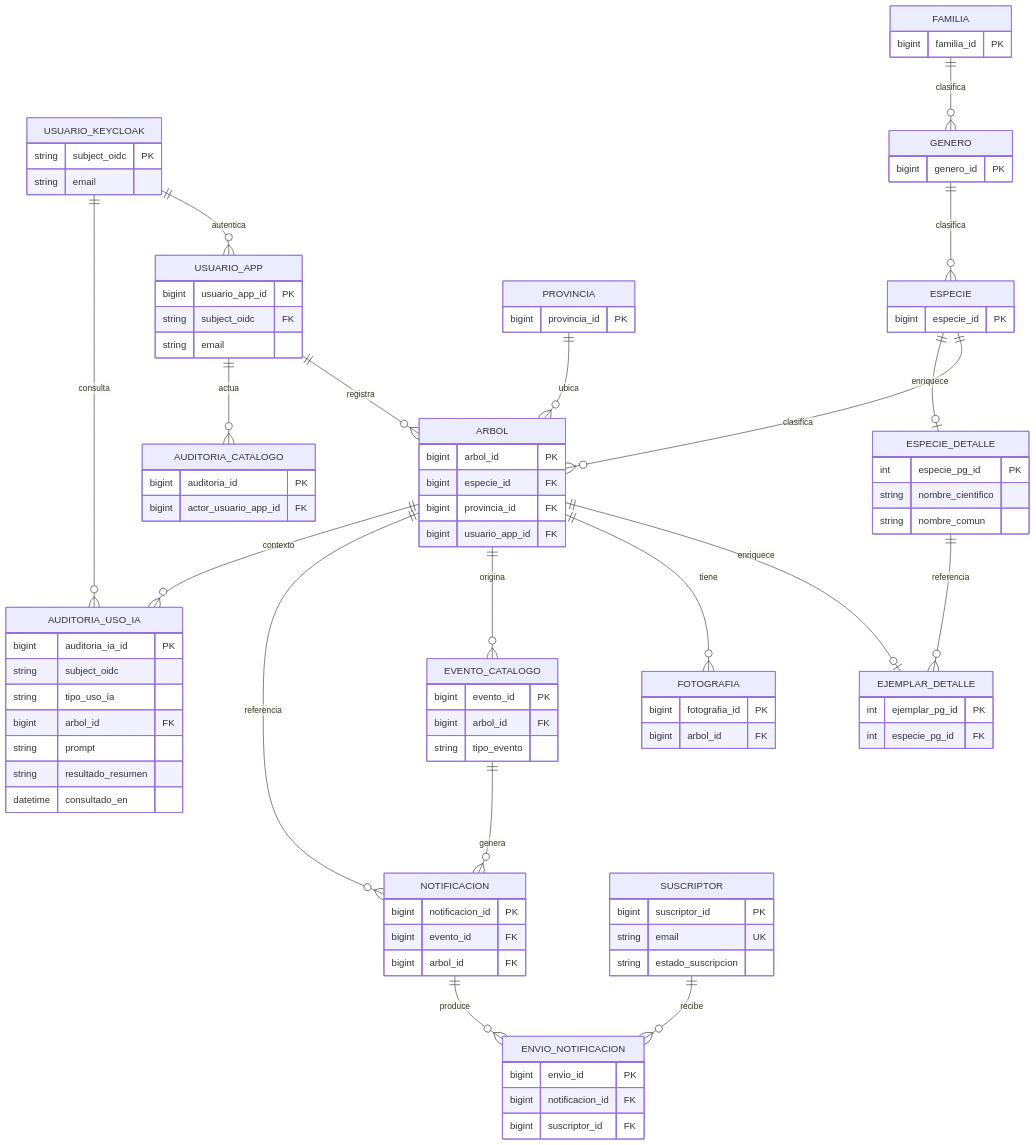
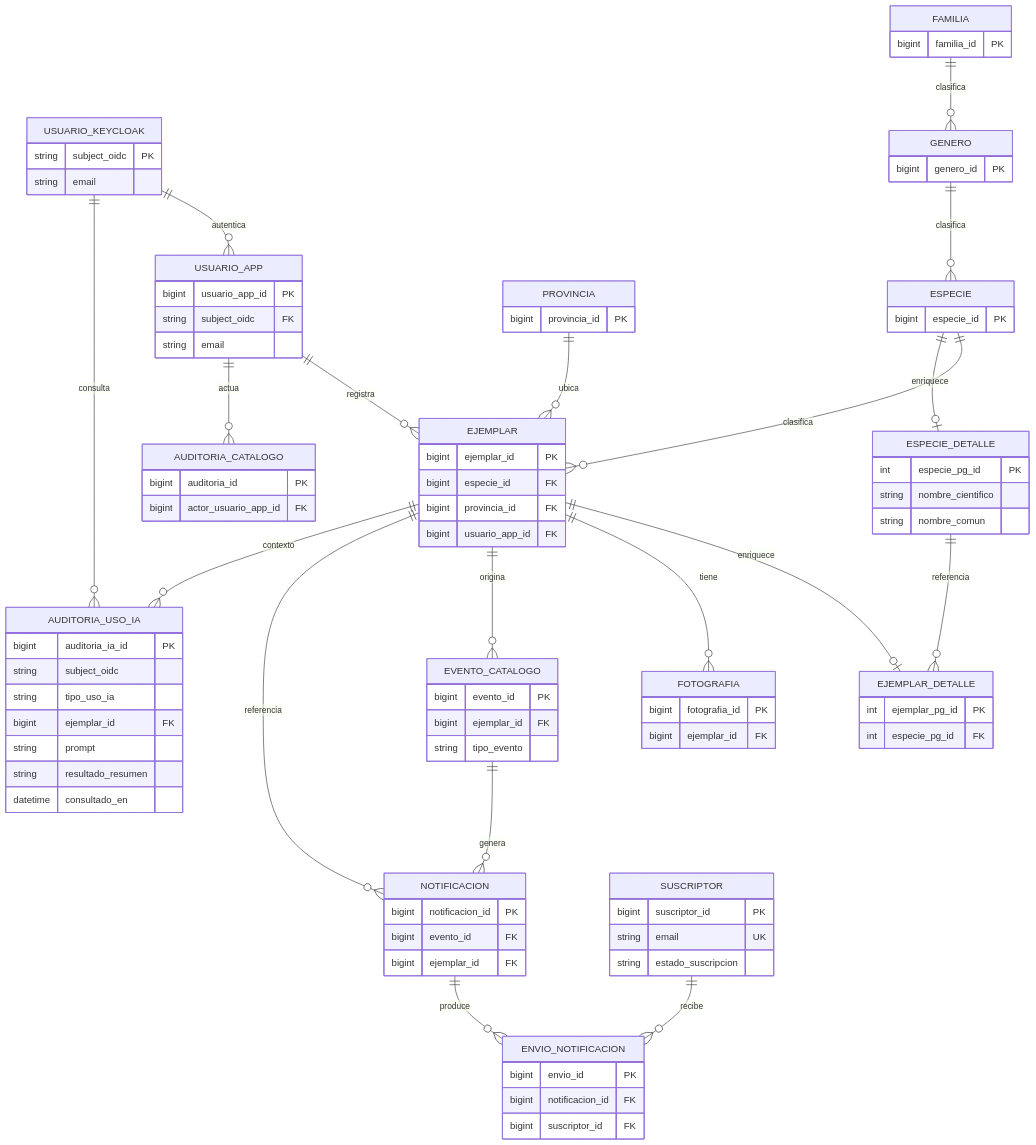
Before and after one commit to LIDR-academy/AI4Devs-finalproject: diagram 14 of 19 in readme.md, drawn with Mermaid. The commit also changed other lines of this file and 345 other files, not shown here.

````diff
--- a/readme.md
+++ b/readme.md
@@ -952,8 +953,8 @@
     PROVINCIA {
         bigint provincia_id PK
     }
-    ARBOL {
-        bigint arbol_id PK
+    EJEMPLAR {
+        bigint ejemplar_id PK
         bigint especie_id FK
         bigint provincia_id FK
         bigint usuario_app_id FK
@@ -969,17 +970,17 @@
     }
     FOTOGRAFIA {
         bigint fotografia_id PK
-        bigint arbol_id FK
+        bigint ejemplar_id FK
     }
     EVENTO_CATALOGO {
         bigint evento_id PK
-        bigint arbol_id FK
+        bigint ejemplar_id FK
         string tipo_evento
     }
     NOTIFICACION {
         bigint notificacion_id PK
         bigint evento_id FK
-        bigint arbol_id FK
+        bigint ejemplar_id FK
     }
     SUSCRIPTOR {
         bigint suscriptor_id PK
@@ -999,27 +1000,27 @@
         bigint auditoria_ia_id PK
         string subject_oidc
         string tipo_uso_ia
-        bigint arbol_id FK
+        bigint ejemplar_id FK
         string prompt
         string resultado_resumen
         datetime consultado_en
     }
     FAMILIA ||--o{ GENERO : clasifica
     GENERO ||--o{ ESPECIE : clasifica
-    ESPECIE ||--o{ ARBOL : clasifica
-    PROVINCIA ||--o{ ARBOL : ubica
+    ESPECIE ||--o{ EJEMPLAR : clasifica
+    PROVINCIA ||--o{ EJEMPLAR : ubica
     USUARIO_KEYCLOAK ||--o{ USUARIO_APP : autentica
     USUARIO_KEYCLOAK ||--o{ AUDITORIA_USO_IA : consulta
-    USUARIO_APP ||--o{ ARBOL : registra
+    USUARIO_APP ||--o{ EJEMPLAR : registra
     USUARIO_APP ||--o{ AUDITORIA_CATALOGO : actua
     ESPECIE ||--o| ESPECIE_DETALLE : enriquece
     ESPECIE_DETALLE ||--o{ EJEMPLAR_DETALLE : referencia
-    ARBOL ||--o| EJEMPLAR_DETALLE : enriquece
-    ARBOL ||--o{ FOTOGRAFIA : tiene
-    ARBOL ||--o{ EVENTO_CATALOGO : origina
-    ARBOL ||--o{ NOTIFICACION : referencia
+    EJEMPLAR ||--o| EJEMPLAR_DETALLE : enriquece
+    EJEMPLAR ||--o{ FOTOGRAFIA : tiene
+    EJEMPLAR ||--o{ EVENTO_CATALOGO : origina
+    EJEMPLAR ||--o{ NOTIFICACION : referencia
     EVENTO_CATALOGO ||--o{ NOTIFICACION : genera
     NOTIFICACION ||--o{ ENVIO_NOTIFICACION : produce
     SUSCRIPTOR ||--o{ ENVIO_NOTIFICACION : recibe
-    ARBOL ||--o{ AUDITORIA_USO_IA : contexto
+    EJEMPLAR ||--o{ AUDITORIA_USO_IA : contexto
 ```
````
